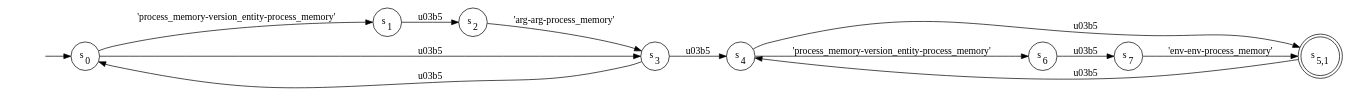
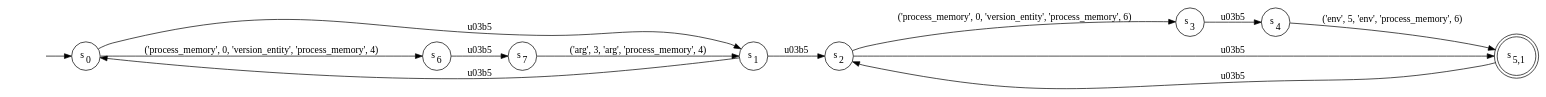
One commit to TinkerBellSystem/graph-matching changed the diagram in dot/provenance_bprm_check_security_nfa.dot. Above: the diagram before and after it, drawn with Graphviz. The commit also changed 135 other files, not shown here.

```diff
--- a/dot/provenance_bprm_check_security_nfa.dot
+++ b/dot/provenance_bprm_check_security_nfa.dot
@@ -1,24 +1,24 @@
 digraph NFA {
     rankdir = LR;
     I [style = invis];
     I -> S0;
     S0 [label = <s<sub>0</sub>>, shape = circle];
     S1 [label = <s<sub>1</sub>>, shape = circle];
+    S1 -> S0 [label = "\u03b5"];
     S2 [label = <s<sub>2</sub>>, shape = circle];
     S3 [label = <s<sub>3</sub>>, shape = circle];
     S4 [label = <s<sub>4</sub>>, shape = circle];
     S5 [label = <s<sub>5,1</sub>>, shape = circle, peripheries = 2];
-    S5 -> S4 [label = "\u03b5"];
-    S4 -> S5 [label = "\u03b5"];
+    S5 -> S2 [label = "\u03b5"];
+    S4 -> S5 [label = "('env', 5, 'env', 'process_memory', 6)"];
+    S3 -> S4 [label = "\u03b5"];
+    S2 -> S3 [label = "('process_memory', 0, 'version_entity', 'process_memory', 6)"];
+    S2 -> S5 [label = "\u03b5"];
+    S1 -> S2 [label = "\u03b5"];
+    S0 -> S1 [label = "\u03b5"];
     S6 [label = <s<sub>6</sub>>, shape = circle];
     S7 [label = <s<sub>7</sub>>, shape = circle];
-    S7 -> S5 [label = "'env-env-process_memory'"];
+    S7 -> S1 [label = "('arg', 3, 'arg', 'process_memory', 4)"];
     S6 -> S7 [label = "\u03b5"];
-    S4 -> S6 [label = "'process_memory-version_entity-process_memory'"];
-    S3 -> S4 [label = "\u03b5"];
-    S3 -> S0 [label = "\u03b5"];
-    S2 -> S3 [label = "'arg-arg-process_memory'"];
-    S1 -> S2 [label = "\u03b5"];
-    S0 -> S1 [label = "'process_memory-version_entity-process_memory'"];
-    S0 -> S3 [label = "\u03b5"];
+    S0 -> S6 [label = "('process_memory', 0, 'version_entity', 'process_memory', 4)"];
 }
```
